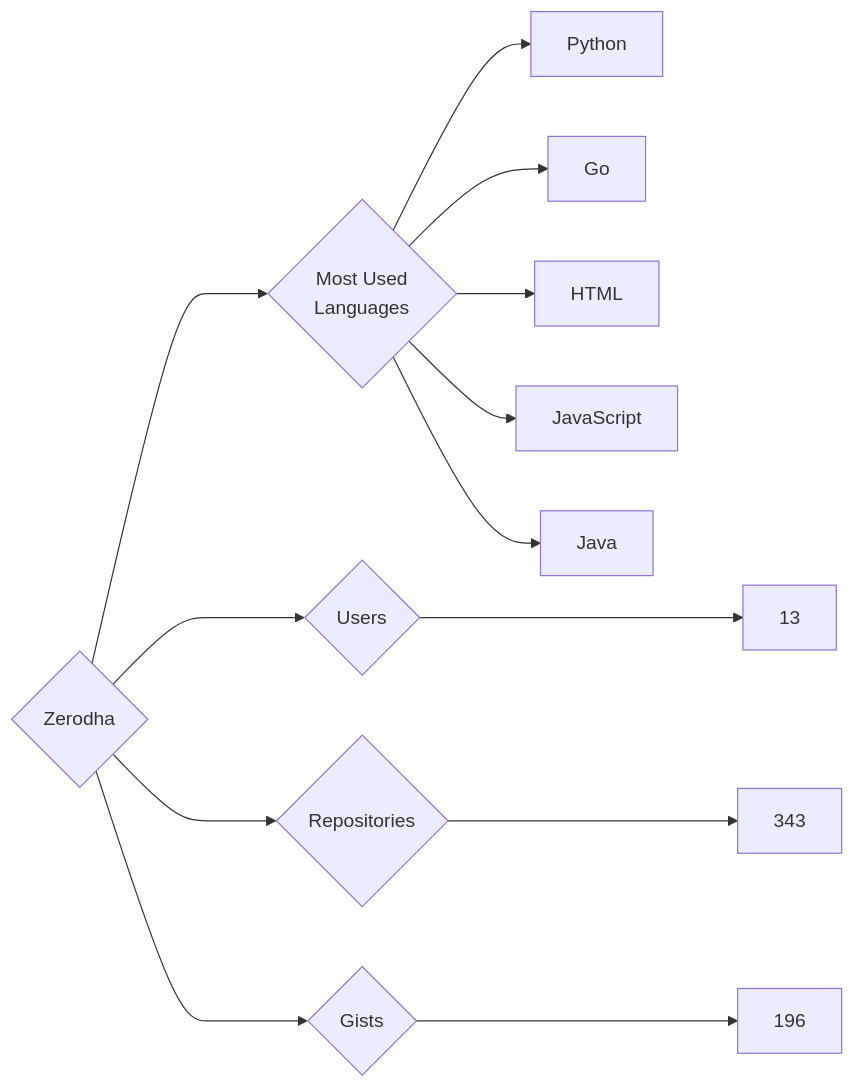
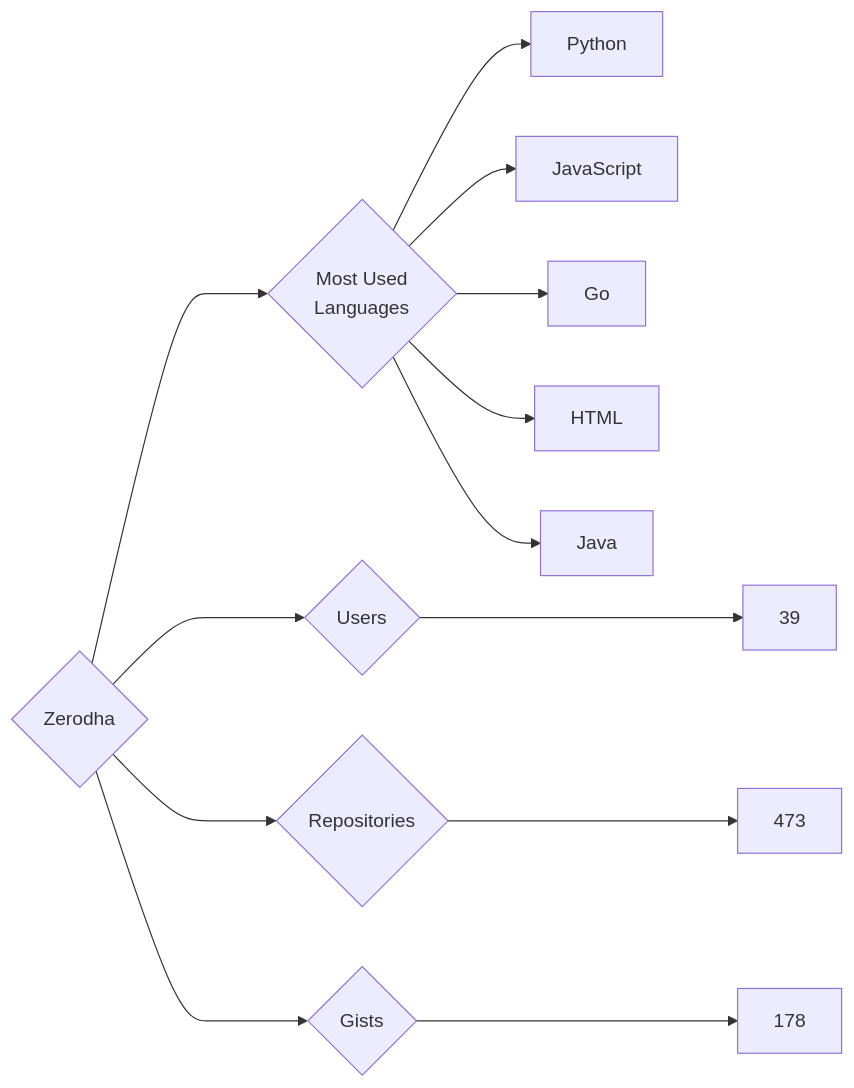
The diagram in targets/Zerodha/README.md (trickest/insiders), drawn with Mermaid before and after one commit. The commit also changed 898 other files, not shown here.

````diff
--- a/targets/Zerodha/README.md
+++ b/targets/Zerodha/README.md
@@ -3,13 +3,13 @@
 ```mermaid
 graph LR
 COMPANY_NAME{Zerodha}
-COMPANY_NAME ---> U{Users} ---> UN[13]
-COMPANY_NAME ---> R{Repositories} ---> RN[343]
-COMPANY_NAME ---> G{Gists} ---> GN[196]
+COMPANY_NAME ---> U{Users} ---> UN[39]
+COMPANY_NAME ---> R{Repositories} ---> RN[473]
+COMPANY_NAME ---> G{Gists} ---> GN[178]
 COMPANY_NAME ---> ML{Most Used<br>Languages}
 ML --> Python[Python]
+ML --> JavaScript[JavaScript]
 ML --> Go[Go]
 ML --> HTML[HTML]
-ML --> JavaScript[JavaScript]
 ML --> Java[Java]
 ```
````
